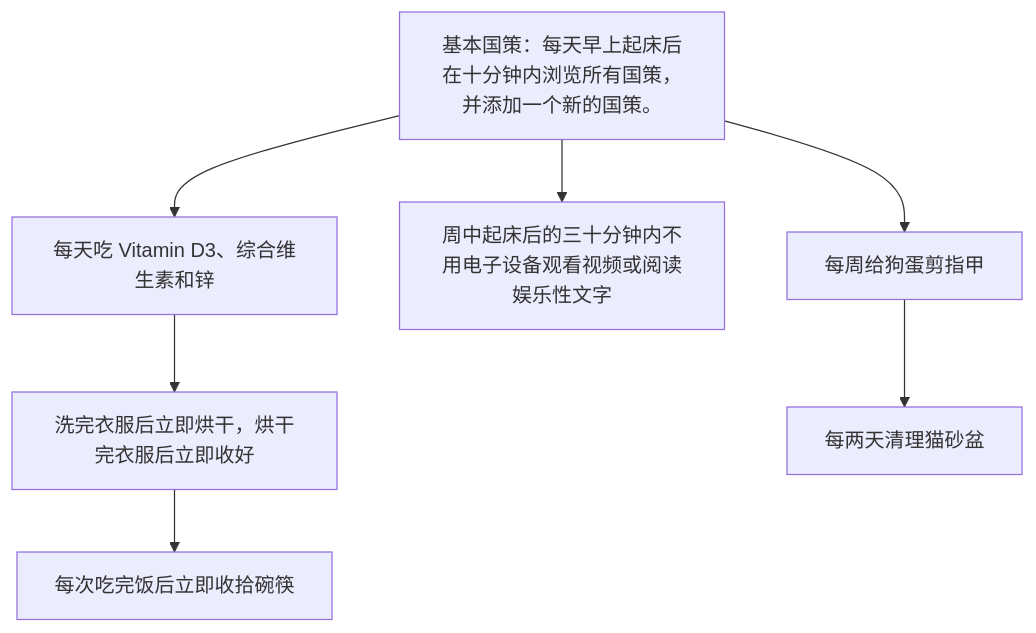
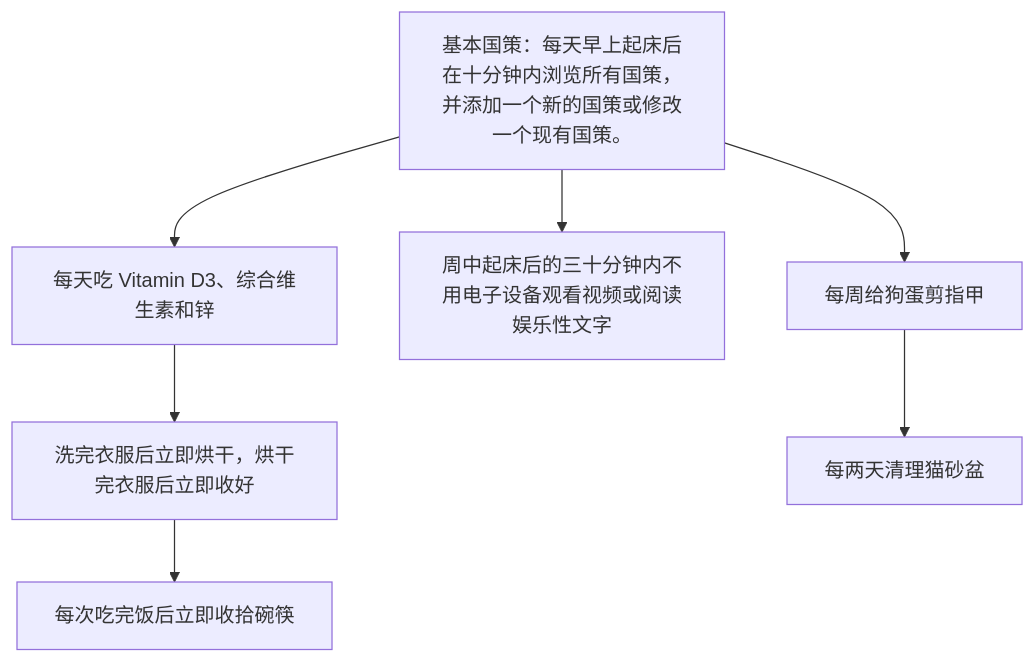
One commit to HeavyWhale/RSIP changed the diagram in national_policies.mermaid. Above: the diagram before and after it, drawn with Mermaid.

```diff
--- a/national_policies.mermaid
+++ b/national_policies.mermaid
@@ -1,8 +1,8 @@
 graph TD
-    A[基本国策：每天早上起床后在十分钟内浏览所有国策，并添加一个新的国策。]
+    A[基本国策：每天早上起床后在十分钟内浏览所有国策，并添加一个新的国策或修改一个现有国策。]
     A --> B[每天吃 Vitamin D3、综合维生素和锌]
     B --> BA[洗完衣服后立即烘干，烘干完衣服后立即收好]
     BA --> BAA[每次吃完饭后立即收拾碗筷]
     A --> C[周中起床后的三十分钟内不用电子设备观看视频或阅读娱乐性文字]
     A --> D[每周给狗蛋剪指甲]
     D --> DA[每两天清理猫砂盆]
```
